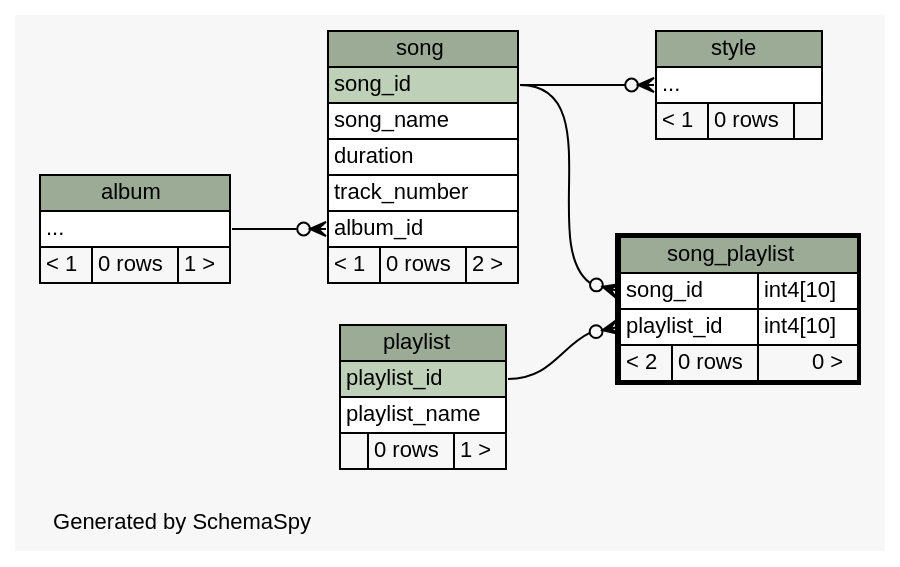
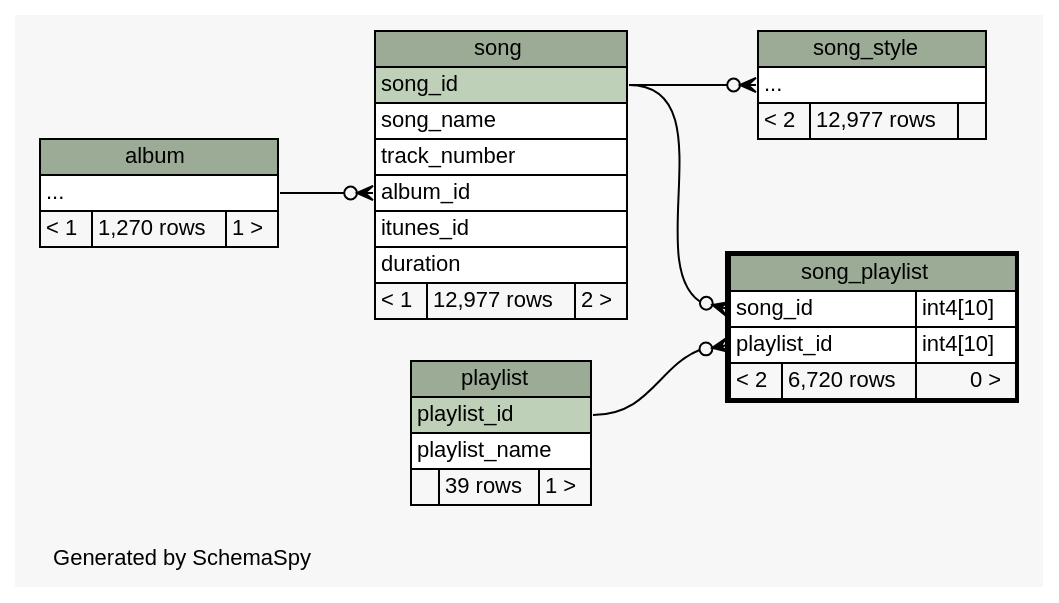
Before and after one commit to biodavidjm/garbage-code: the diagram in database/see_djmusic/diagrams/song_playlist.2degrees.dot, drawn with Graphviz. The commit also changed 155 other files, not shown here.

First line of the commit message:
New Schema View of the last djmusic version

```diff
--- a/database/see_djmusic/diagrams/song_playlist.2degrees.dot
+++ b/database/see_djmusic/diagrams/song_playlist.2degrees.dot
@@ -1,82 +1,83 @@
-// dot 2.38.0 on Mac OS X 10.9.3
+// dot 2.38.0 on Mac OS X 10.9.4
 // SchemaSpy rev 590
 digraph "twoDegreesRelationshipsDiagram" {
   graph [
     rankdir="RL"
     bgcolor="#f7f7f7"
     label="\nGenerated by SchemaSpy"
     labeljust="l"
     nodesep="0.18"
     ranksep="0.46"
     fontname="Helvetica"
     fontsize="11"
   ];
   node [
     fontname="Helvetica"
     fontsize="11"
     shape="plaintext"
   ];
   edge [
     arrowsize="0.8"
   ];
   "song":"album_id":w -> "album":"elipses":e [arrowhead=none dir=back arrowtail=crowodot];
   "song_playlist":"playlist_id":w -> "playlist":"playlist_id":e [arrowhead=none dir=back arrowtail=crowodot];
   "song_playlist":"song_id":w -> "song":"song_id":e [arrowhead=none dir=back arrowtail=crowodot];
-  "style":"elipses":w -> "song":"song_id":e [arrowhead=none dir=back arrowtail=crowodot];
+  "song_style":"elipses":w -> "song":"song_id":e [arrowhead=none dir=back arrowtail=crowodot];
   "album" [
     label=<
     <TABLE BORDER="0" CELLBORDER="1" CELLSPACING="0" BGCOLOR="#ffffff">
       <TR><TD COLSPAN="3" BGCOLOR="#9bab96" ALIGN="CENTER">album</TD></TR>
       <TR><TD PORT="elipses" COLSPAN="3" ALIGN="LEFT">...</TD></TR>
-      <TR><TD ALIGN="LEFT" BGCOLOR="#f7f7f7">&lt; 1</TD><TD ALIGN="RIGHT" BGCOLOR="#f7f7f7">0 rows</TD><TD ALIGN="RIGHT" BGCOLOR="#f7f7f7">1 &gt;</TD></TR>
+      <TR><TD ALIGN="LEFT" BGCOLOR="#f7f7f7">&lt; 1</TD><TD ALIGN="RIGHT" BGCOLOR="#f7f7f7">1,270 rows</TD><TD ALIGN="RIGHT" BGCOLOR="#f7f7f7">1 &gt;</TD></TR>
     </TABLE>>
     URL="album.html"
     tooltip="album"
   ];
   "playlist" [
     label=<
     <TABLE BORDER="0" CELLBORDER="1" CELLSPACING="0" BGCOLOR="#ffffff">
       <TR><TD COLSPAN="3" BGCOLOR="#9bab96" ALIGN="CENTER">playlist</TD></TR>
       <TR><TD PORT="playlist_id" COLSPAN="3" BGCOLOR="#bed1b8" ALIGN="LEFT">playlist_id</TD></TR>
       <TR><TD PORT="playlist_name" COLSPAN="3" ALIGN="LEFT">playlist_name</TD></TR>
-      <TR><TD ALIGN="LEFT" BGCOLOR="#f7f7f7">  </TD><TD ALIGN="RIGHT" BGCOLOR="#f7f7f7">0 rows</TD><TD ALIGN="RIGHT" BGCOLOR="#f7f7f7">1 &gt;</TD></TR>
+      <TR><TD ALIGN="LEFT" BGCOLOR="#f7f7f7">  </TD><TD ALIGN="RIGHT" BGCOLOR="#f7f7f7">39 rows</TD><TD ALIGN="RIGHT" BGCOLOR="#f7f7f7">1 &gt;</TD></TR>
     </TABLE>>
     URL="playlist.html"
     tooltip="playlist"
   ];
   "song" [
     label=<
     <TABLE BORDER="0" CELLBORDER="1" CELLSPACING="0" BGCOLOR="#ffffff">
       <TR><TD COLSPAN="3" BGCOLOR="#9bab96" ALIGN="CENTER">song</TD></TR>
       <TR><TD PORT="song_id" COLSPAN="3" BGCOLOR="#bed1b8" ALIGN="LEFT">song_id</TD></TR>
       <TR><TD PORT="song_name" COLSPAN="3" ALIGN="LEFT">song_name</TD></TR>
-      <TR><TD PORT="duration" COLSPAN="3" ALIGN="LEFT">duration</TD></TR>
       <TR><TD PORT="track_number" COLSPAN="3" ALIGN="LEFT">track_number</TD></TR>
       <TR><TD PORT="album_id" COLSPAN="3" ALIGN="LEFT">album_id</TD></TR>
-      <TR><TD ALIGN="LEFT" BGCOLOR="#f7f7f7">&lt; 1</TD><TD ALIGN="RIGHT" BGCOLOR="#f7f7f7">0 rows</TD><TD ALIGN="RIGHT" BGCOLOR="#f7f7f7">2 &gt;</TD></TR>
+      <TR><TD PORT="itunes_id" COLSPAN="3" ALIGN="LEFT">itunes_id</TD></TR>
+      <TR><TD PORT="duration" COLSPAN="3" ALIGN="LEFT">duration</TD></TR>
+      <TR><TD ALIGN="LEFT" BGCOLOR="#f7f7f7">&lt; 1</TD><TD ALIGN="RIGHT" BGCOLOR="#f7f7f7">12,977 rows</TD><TD ALIGN="RIGHT" BGCOLOR="#f7f7f7">2 &gt;</TD></TR>
     </TABLE>>
     URL="song.html"
     tooltip="song"
   ];
   "song_playlist" [
     label=<
     <TABLE BORDER="2" CELLBORDER="1" CELLSPACING="0" BGCOLOR="#ffffff">
       <TR><TD COLSPAN="3" BGCOLOR="#9bab96" ALIGN="CENTER">song_playlist</TD></TR>
       <TR><TD PORT="song_id" COLSPAN="2" ALIGN="LEFT">song_id</TD><TD PORT="song_id.type" ALIGN="LEFT">int4[10]</TD></TR>
       <TR><TD PORT="playlist_id" COLSPAN="2" ALIGN="LEFT">playlist_id</TD><TD PORT="playlist_id.type" ALIGN="LEFT">int4[10]</TD></TR>
-      <TR><TD ALIGN="LEFT" BGCOLOR="#f7f7f7">&lt; 2</TD><TD ALIGN="RIGHT" BGCOLOR="#f7f7f7">0 rows</TD><TD ALIGN="RIGHT" BGCOLOR="#f7f7f7">0 &gt;</TD></TR>
+      <TR><TD ALIGN="LEFT" BGCOLOR="#f7f7f7">&lt; 2</TD><TD ALIGN="RIGHT" BGCOLOR="#f7f7f7">6,720 rows</TD><TD ALIGN="RIGHT" BGCOLOR="#f7f7f7">0 &gt;</TD></TR>
     </TABLE>>
     URL="song_playlist.html"
     tooltip="song_playlist"
   ];
-  "style" [
+  "song_style" [
     label=<
     <TABLE BORDER="0" CELLBORDER="1" CELLSPACING="0" BGCOLOR="#ffffff">
-      <TR><TD COLSPAN="3" BGCOLOR="#9bab96" ALIGN="CENTER">style</TD></TR>
+      <TR><TD COLSPAN="3" BGCOLOR="#9bab96" ALIGN="CENTER">song_style</TD></TR>
       <TR><TD PORT="elipses" COLSPAN="3" ALIGN="LEFT">...</TD></TR>
-      <TR><TD ALIGN="LEFT" BGCOLOR="#f7f7f7">&lt; 1</TD><TD ALIGN="RIGHT" BGCOLOR="#f7f7f7">0 rows</TD><TD ALIGN="RIGHT" BGCOLOR="#f7f7f7">  </TD></TR>
+      <TR><TD ALIGN="LEFT" BGCOLOR="#f7f7f7">&lt; 2</TD><TD ALIGN="RIGHT" BGCOLOR="#f7f7f7">12,977 rows</TD><TD ALIGN="RIGHT" BGCOLOR="#f7f7f7">  </TD></TR>
     </TABLE>>
-    URL="style.html"
-    tooltip="style"
+    URL="song_style.html"
+    tooltip="song_style"
   ];
 }
```
